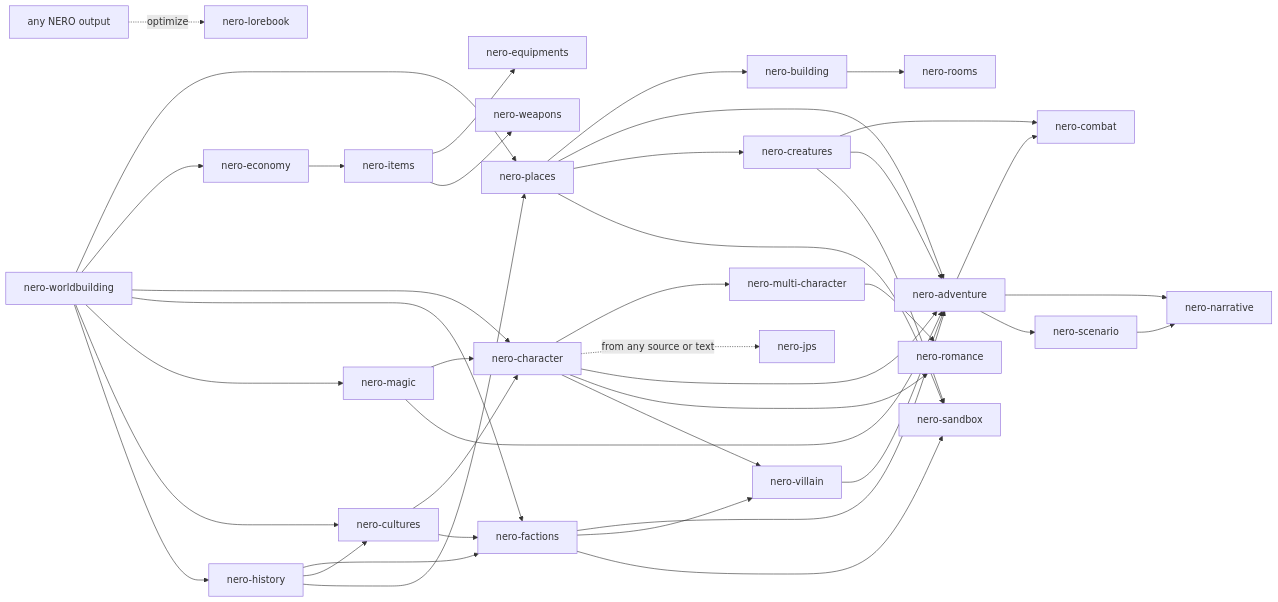
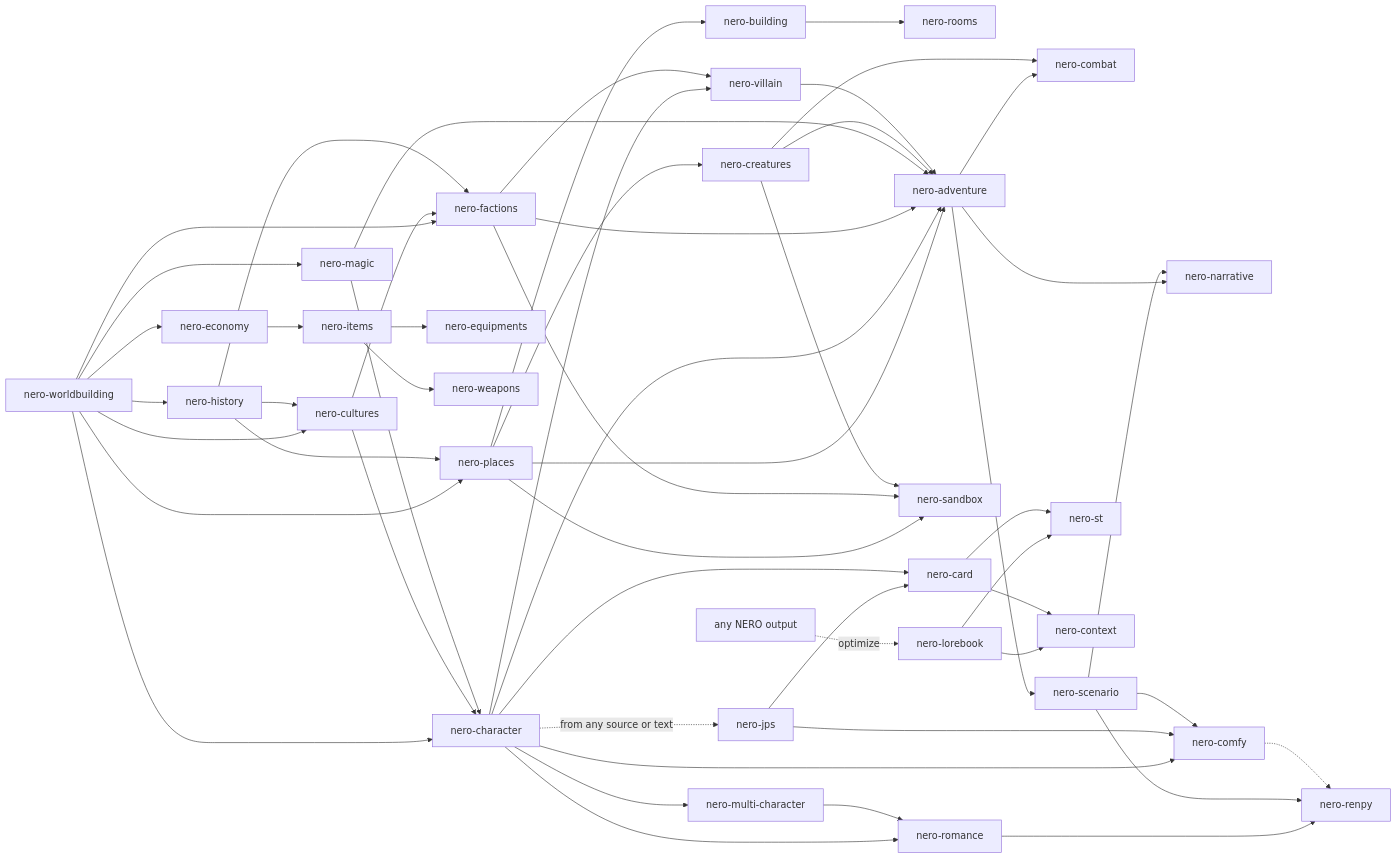
The diagram in README.md (KMC1525/nero), drawn with Mermaid before and after one commit. The commit also changed other lines of this file and 31 other files, not shown here.

First line of the commit message:
Release 1.5: add st, card, comfy, context and renpy tool agents

````diff
--- a/README.md
+++ b/README.md
@@ -257,43 +267,55 @@
 ```mermaid
 flowchart LR
     W[nero-worldbuilding] --> P[nero-places]
     W --> E[nero-economy]
     P --> B[nero-building]
     B --> R[nero-rooms]
     W --> C[nero-character]
     C --> M[nero-multi-character]
     C -. from any source or text .-> J[nero-jps]
     E --> I[nero-items]
     I --> Q[nero-equipments]
     I --> K[nero-weapons]
     P --> A[nero-adventure]
     C --> A
     A --> X[nero-combat]
     A --> N[nero-narrative]
     W --> F[nero-factions]
     W --> MG[nero-magic]
     W --> CU[nero-cultures]
     CU --> C
     CU --> F
     MG --> C
     F --> A
     MG --> A
     P --> CR[nero-creatures]
     CR --> X
     CR --> A
     W --> H[nero-history]
     H --> F
     H --> CU
     H --> P
     C --> RO[nero-romance]
     M --> RO
     C --> VI[nero-villain]
     F --> VI
     VI --> A
     A --> SC[nero-scenario]
     SC --> N
     P --> SB[nero-sandbox]
     F --> SB
     CR --> SB
     ANY[any NERO output] -. optimize .-> LB[nero-lorebook]
+    J --> CD[nero-card]
+    C --> CD
+    LB --> ST[nero-st]
+    CD --> ST
+    C --> CF[nero-comfy]
+    J --> CF
+    SC --> CF
+    LB --> CT[nero-context]
+    CD --> CT
+    RO --> RP[nero-renpy]
+    SC --> RP
+    CF -.-> RP
 ```
````
